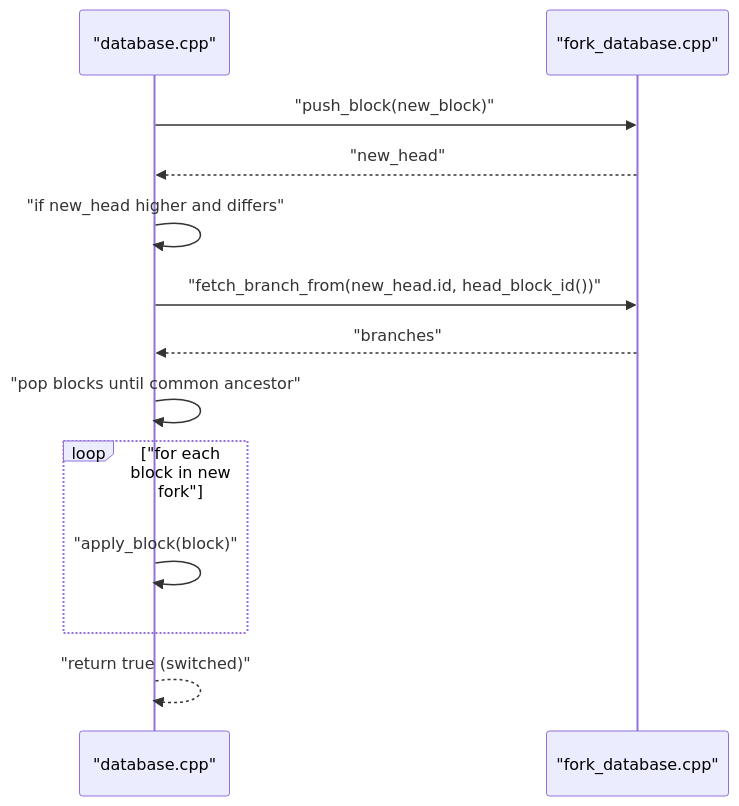
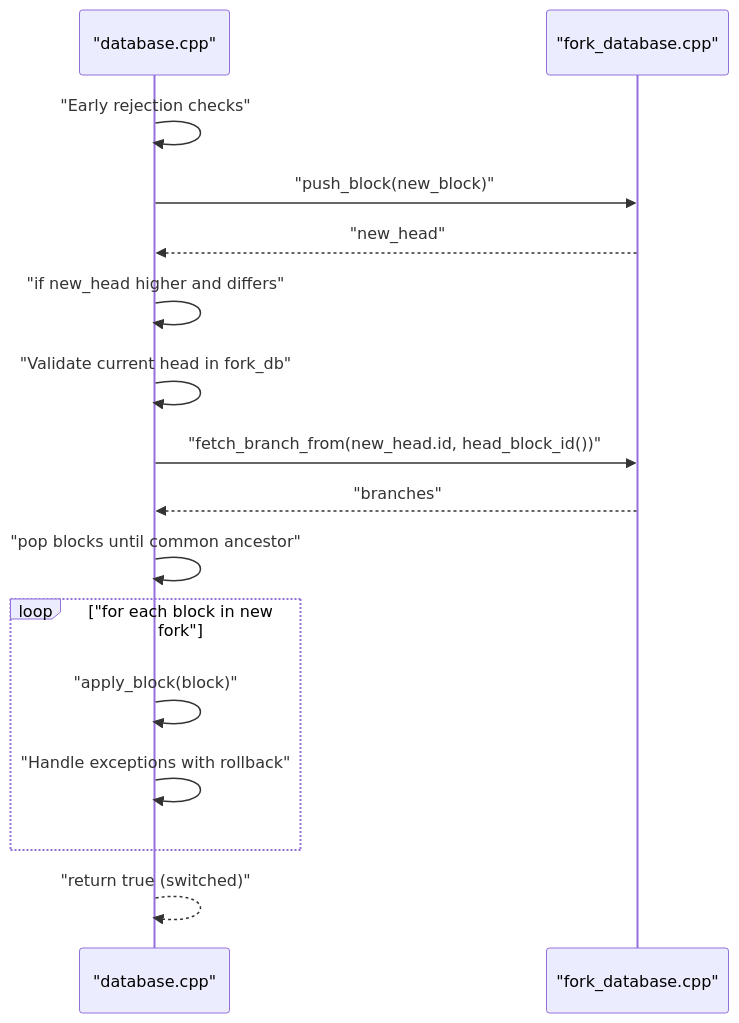
The sixth of 9 diagrams in .qoder/repowiki/en/content/Architecture Overview/Core Libraries/Chain Library/Fork Resolution and Consensus.md (VIZ-Blockchain/viz-cpp-node), drawn with Mermaid before and after one commit. The commit also changed other lines of this file and 4 other files, not shown here.

````diff
--- a/.qoder/repowiki/en/content/Architecture Overview/Core Libraries/Chain Library/Fork Resolution and Consensus.md
+++ b/.qoder/repowiki/en/content/Architecture Overview/Core Libraries/Chain Library/Fork Resolution and Consensus.md
@@ -194,15 +250,18 @@
 ```mermaid
 sequenceDiagram
 participant DB as "database.cpp"
 participant FDB as "fork_database.cpp"
+DB->>DB : "Early rejection checks"
 DB->>FDB : "push_block(new_block)"
 FDB-->>DB : "new_head"
 DB->>DB : "if new_head higher and differs"
+DB->>DB : "Validate current head in fork_db"
 DB->>FDB : "fetch_branch_from(new_head.id, head_block_id())"
 FDB-->>DB : "branches"
 DB->>DB : "pop blocks until common ancestor"
 loop "for each block in new fork"
 DB->>DB : "apply_block(block)"
+DB->>DB : "Handle exceptions with rollback"
 end
 DB-->>DB : "return true (switched)"
 ```
````
